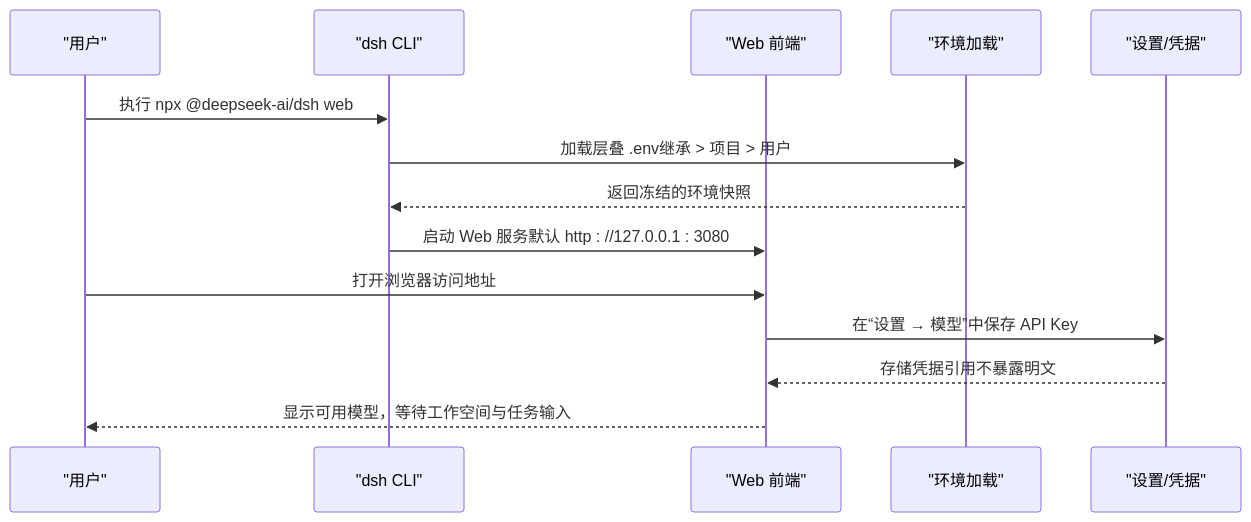
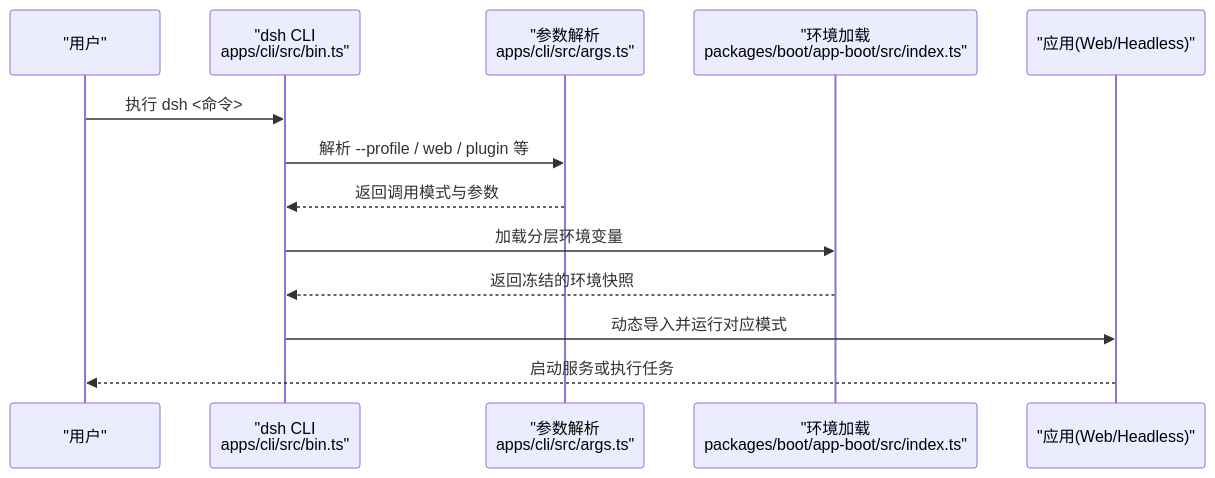
The second of 8 diagrams in .qoder/repowiki/zh/content/项目概览/快速开始.md (gongzili456/deepseek-harness), drawn with Mermaid before and after one commit. The commit also changed other lines of this file and 1001 other files, not shown here.

````diff
--- a/.qoder/repowiki/zh/content/项目概览/快速开始.md
+++ b/.qoder/repowiki/zh/content/项目概览/快速开始.md
@@ -74,16 +81,15 @@
 ```mermaid
 sequenceDiagram
 participant U as "用户"
-participant CLI as "dsh CLI"
-participant WEB as "Web 前端"
-participant ENV as "环境加载"
-participant CFG as "设置/凭据"
-U->>CLI : 执行 npx @deepseek-ai/dsh web
-CLI->>ENV : 加载层叠 .env继承 > 项目 > 用户
+participant CLI as "dsh CLI<br/>apps/cli/src/bin.ts"
+participant ARGS as "参数解析<br/>apps/cli/src/args.ts"
+participant ENV as "环境加载<br/>packages/boot/app-boot/src/index.ts"
+participant APP as "应用(Web/Headless)"
+U->>CLI : 执行 dsh <命令>
+CLI->>ARGS : 解析 --profile / web / plugin 等
+ARGS-->>CLI : 返回调用模式与参数
+CLI->>ENV : 加载分层环境变量
 ENV-->>CLI : 返回冻结的环境快照
-CLI->>WEB : 启动 Web 服务默认 http : //127.0.0.1 : 3080
-U->>WEB : 打开浏览器访问地址
-WEB->>CFG : 在“设置 → 模型”中保存 API Key
-CFG-->>WEB : 存储凭据引用不暴露明文
-WEB-->>U : 显示可用模型，等待工作空间与任务输入
+CLI->>APP : 动态导入并运行对应模式
+APP-->>U : 启动服务或执行任务
 ```
````
